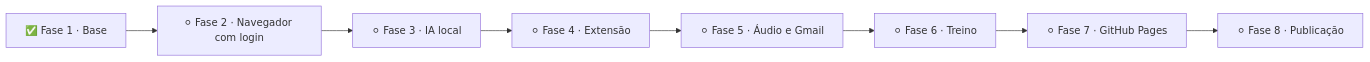
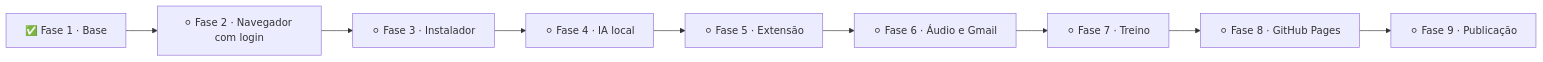
One commit to fezarosa-dev/joBot changed the diagram in wiki/Roteiro.md. Above: the diagram before and after it, drawn with Mermaid. The commit also changed other lines of this file and 39 other files, not shown here.

````diff
--- a/wiki/Roteiro.md
+++ b/wiki/Roteiro.md
@@ -12,5 +12,6 @@
 ```mermaid
 flowchart LR
-    F1["✅ Fase 1 · Base"] --> F2["⚪ Fase 2 · Navegador com login"] --> F3["⚪ Fase 3 · IA local"] --> F4["⚪ Fase 4 · Extensão"]
-    F4 --> F5["⚪ Fase 5 · Áudio e Gmail"] --> F6["⚪ Fase 6 · Treino"] --> F7["⚪ Fase 7 · GitHub Pages"] --> F8["⚪ Fase 8 · Publicação"]
+    F1["✅ Fase 1 · Base"] --> F2["⚪ Fase 2 · Navegador com login"] --> F3["⚪ Fase 3 · Instalador"] --> F4["⚪ Fase 4 · IA local"]
+    F4 --> F5["⚪ Fase 5 · Extensão"] --> F6["⚪ Fase 6 · Áudio e Gmail"] --> F7["⚪ Fase 7 · Treino"]
+    F7 --> F8["⚪ Fase 8 · GitHub Pages"] --> F9["⚪ Fase 9 · Publicação"]
 ```
````
